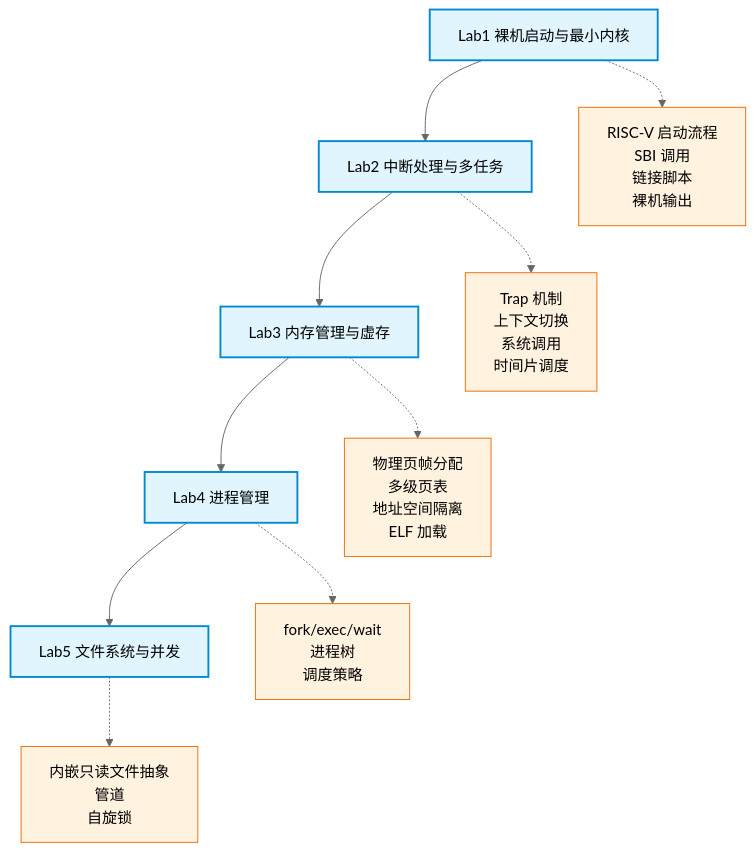
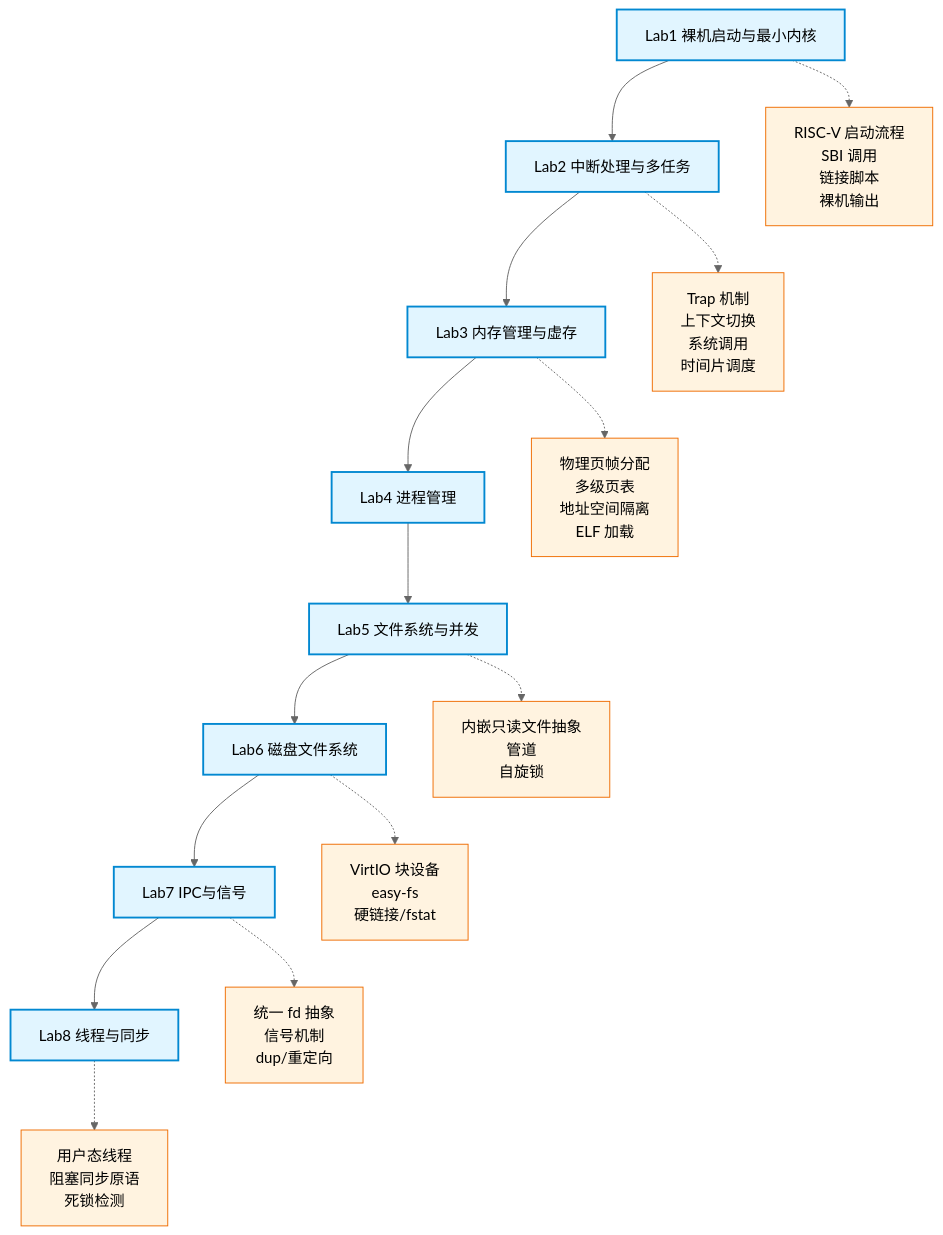
The first of 2 diagrams in os-lab/labs/overview.md (AM-SuSh/EVOLVE), drawn with Mermaid (neutral theme) before and after one commit. The commit also changed other lines of this file and 85 other files, not shown here.

````diff
--- a/os-lab/labs/overview.md
+++ b/os-lab/labs/overview.md
@@ -34,24 +34,33 @@
 ```mermaid
 graph TD
     Lab1["Lab1 裸机启动与最小内核"]
     Lab2["Lab2 中断处理与多任务"]
     Lab3["Lab3 内存管理与虚存"]
     Lab4["Lab4 进程管理"]
     Lab5["Lab5 文件系统与并发"]
+    Lab6["Lab6 磁盘文件系统"]
+    Lab7["Lab7 IPC与信号"]
+    Lab8["Lab8 线程与同步"]
 
     Lab1 --> Lab2
     Lab2 --> Lab3
     Lab3 --> Lab4
     Lab4 --> Lab5
+    Lab5 --> Lab6
+    Lab6 --> Lab7
+    Lab7 --> Lab8
 
     Lab1 -.-> K1["RISC-V 启动流程<br/>SBI 调用<br/>链接脚本<br/>裸机输出"]
     Lab2 -.-> K2["Trap 机制<br/>上下文切换<br/>系统调用<br/>时间片调度"]
     Lab3 -.-> K3["物理页帧分配<br/>多级页表<br/>地址空间隔离<br/>ELF 加载"]
-    Lab4 -.-> K4["fork/exec/wait<br/>进程树<br/>调度策略"]
     Lab5 -.-> K5["内嵌只读文件抽象<br/>管道<br/>自旋锁"]
+    Lab6 -.-> K6["VirtIO 块设备<br/>easy-fs<br/>硬链接/fstat"]
+    Lab7 -.-> K7["统一 fd 抽象<br/>信号机制<br/>dup/重定向"]
+    Lab8 -.-> K8["用户态线程<br/>阻塞同步原语<br/>死锁检测"]
 
     classDef lab fill:#e1f5ff,stroke:#0288d1,stroke-width:2px;
+    classDef labPending fill:#f5f5f5,stroke:#9e9e9e,stroke-width:2px,stroke-dasharray: 5 5;
     classDef knowledge fill:#fff3e0,stroke:#ef6c00,stroke-width:1px;
-    class Lab1,Lab2,Lab3,Lab4,Lab5 lab;
-    class K1,K2,K3,K4,K5 knowledge;
+    class Lab1,Lab2,Lab3,Lab4,Lab5,Lab6,Lab7,Lab8 lab;
+    class K1,K2,K3,K4,K5,K6,K7,K8 knowledge;
 ```
````
